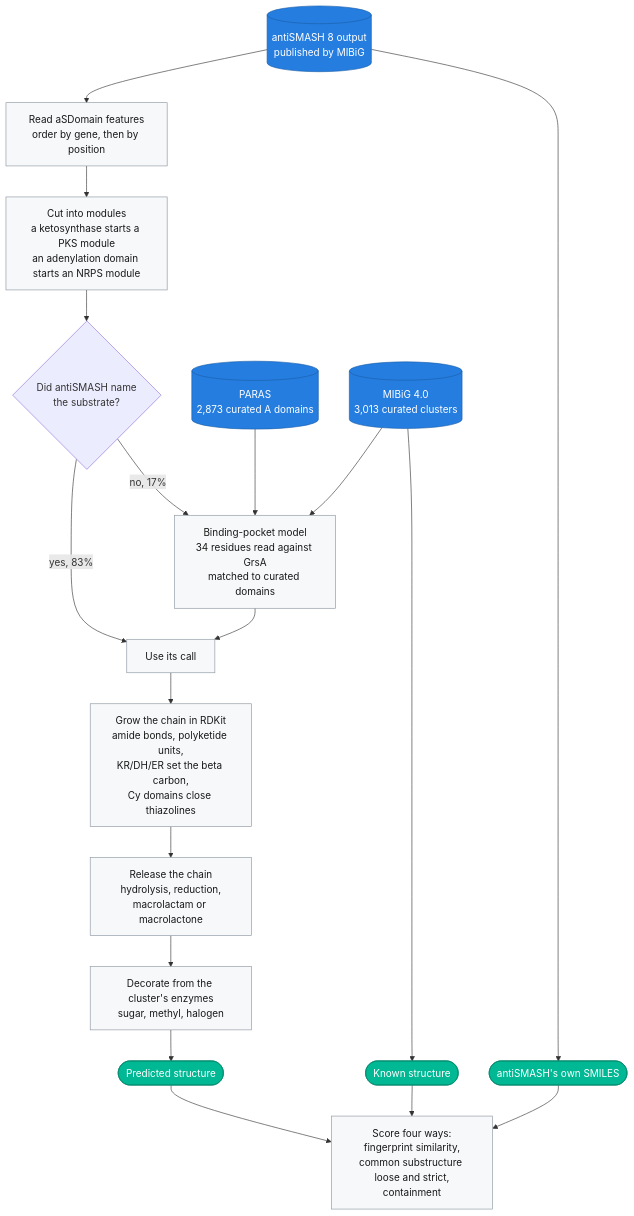
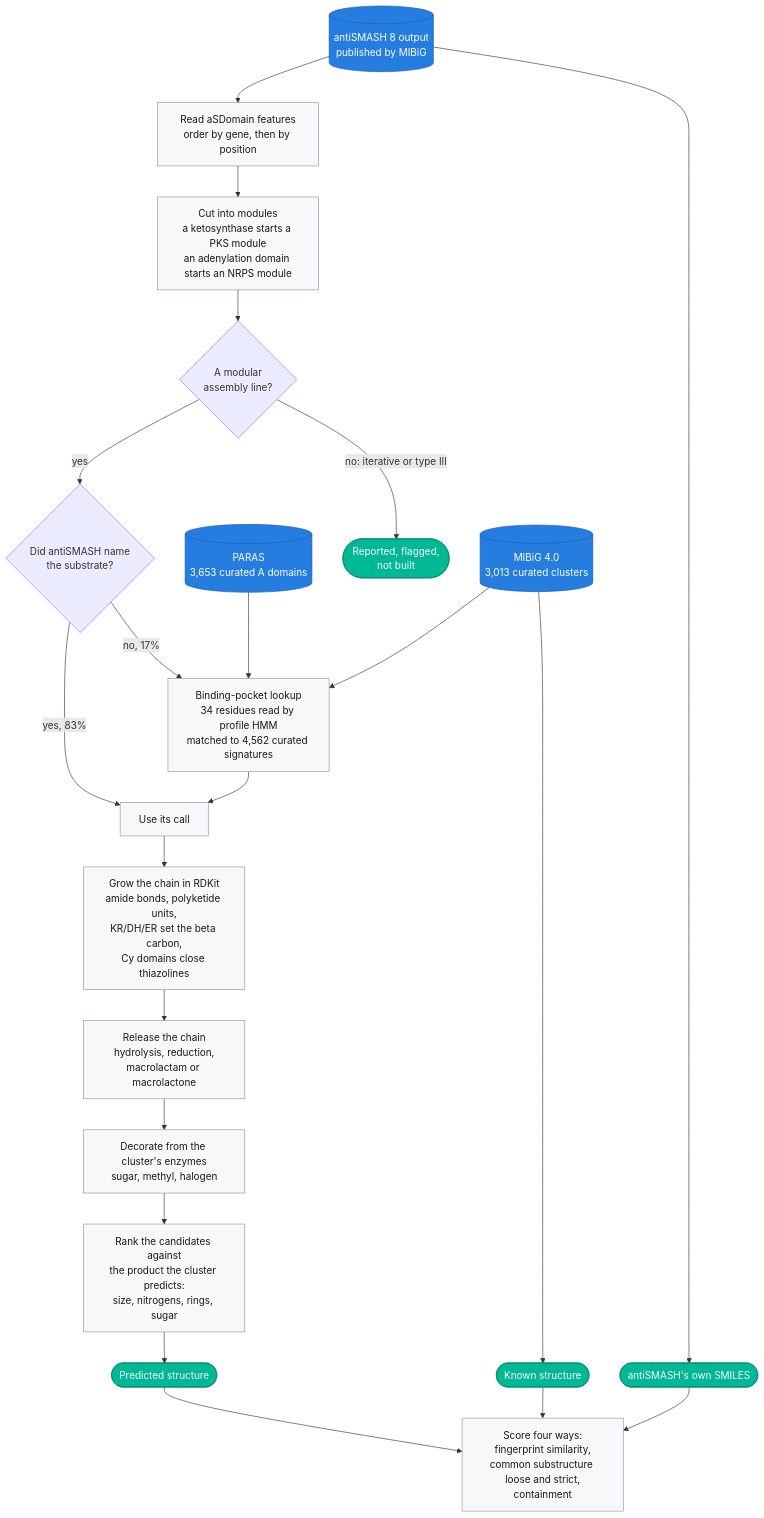
Before and after one commit to paulzierep/SeMPI-3: the diagram in README.md, drawn with Mermaid. The commit also changed other lines of this file and 9 other files, not shown here.

````diff
--- a/README.md
+++ b/README.md
@@ -129,34 +154,38 @@
 ```mermaid
 flowchart TD
     MIBIG[("MIBiG 4.0<br/>3,013 curated clusters")]
     AS[("antiSMASH 8 output<br/>published by MIBiG")]
-    PARAS[("PARAS<br/>2,873 curated A domains")]
+    PARAS[("PARAS<br/>3,653 curated A domains")]
 
     AS --> PARSE["Read aSDomain features<br/>order by gene, then by position"]
     PARSE --> MOD["Cut into modules<br/>a ketosynthase starts a PKS module<br/>an adenylation domain starts an NRPS module"]
 
-    MOD --> Q{"Did antiSMASH name<br/>the substrate?"}
+    MOD --> SCOPE{"A modular<br/>assembly line?"}
+    SCOPE -- "no: iterative or type III" --> FLAG(["Reported, flagged,<br/>not built"])
+    SCOPE -- yes --> Q{"Did antiSMASH name<br/>the substrate?"}
     Q -- "yes, 83%" --> SUB["Use its call"]
-    Q -- "no, 17%" --> POCKET["Binding-pocket model<br/>34 residues read against GrsA<br/>matched to curated domains"]
+    Q -- "no, 17%" --> POCKET["Binding-pocket lookup<br/>34 residues read by profile HMM<br/>matched to 4,562 curated signatures"]
     PARAS --> POCKET
     MIBIG --> POCKET
     POCKET --> SUB
 
     SUB --> BUILD["Grow the chain in RDKit<br/>amide bonds, polyketide units,<br/>KR/DH/ER set the beta carbon,<br/>Cy domains close thiazolines"]
     BUILD --> REL["Release the chain<br/>hydrolysis, reduction,<br/>macrolactam or macrolactone"]
     REL --> TAIL["Decorate from the cluster's enzymes<br/>sugar, methyl, halogen"]
-    TAIL --> PRED(["Predicted structure"])
+    TAIL --> RANK["Rank the candidates against<br/>the product the cluster predicts:<br/>size, nitrogens, rings, sugar"]
+    RANK --> PRED(["Predicted structure"])
 
     PRED --> SCORE["Score four ways:<br/>fingerprint similarity,<br/>common substructure loose and strict,<br/>containment"]
     MIBIG --> TRUTH(["Known structure"])
     TRUTH --> SCORE
     ASBASE(["antiSMASH's own SMILES"]) --> SCORE
     AS --> ASBASE
 
     classDef data fill:#257de0,stroke:#1a5fa8,color:#ffffff
     classDef step fill:#f6f8fa,stroke:#8b949e,color:#191919
     classDef out fill:#00b894,stroke:#00866a,color:#ffffff
     class MIBIG,AS,PARAS data
     class PARSE,MOD,SUB,POCKET,BUILD,REL,TAIL,SCORE step
-    class PRED,TRUTH,ASBASE out
+    class RANK step
+    class PRED,TRUTH,ASBASE,FLAG out
 ```
````
